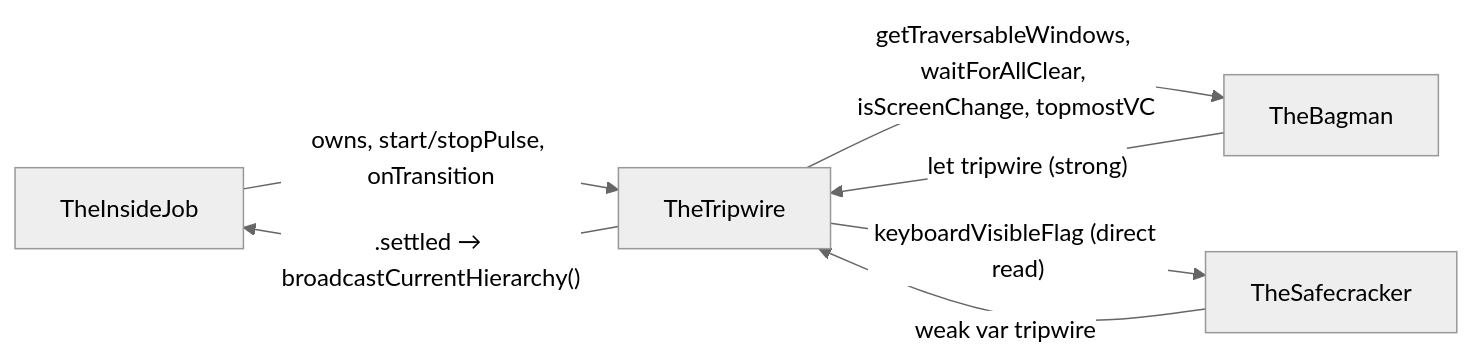
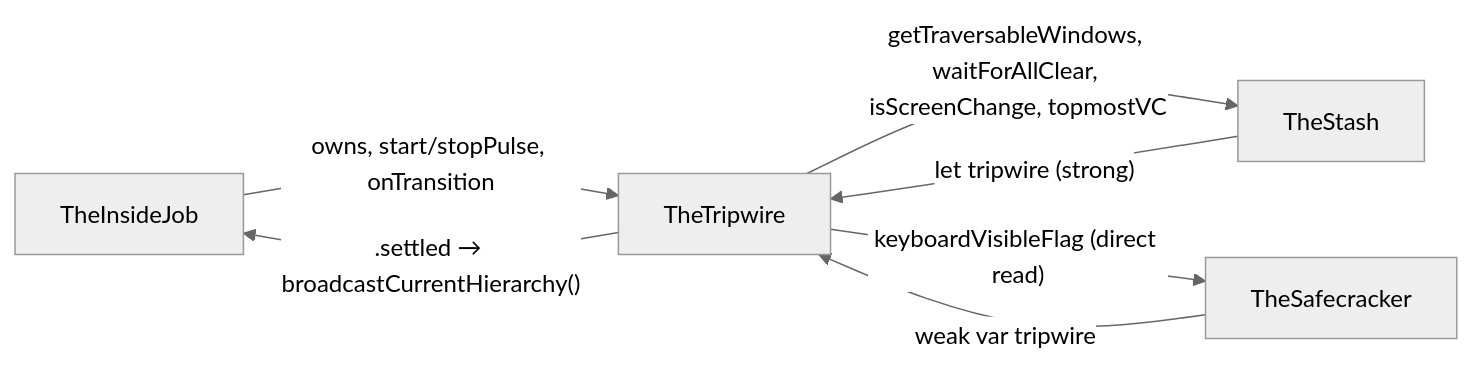
Before and after one commit to RoyalPineapple/TheButtonHeist: the sixth of 6 diagrams in docs/dossiers/14-THETRIPWIRE.md, drawn with Mermaid (neutral theme). The commit also changed other lines of this file and 71 other files, not shown here.

First line of the commit message:
Decompose TheBagman → TheStash + TheBurglar + TheBrains (#248)

````diff
--- a/docs/dossiers/14-THETRIPWIRE.md
+++ b/docs/dossiers/14-THETRIPWIRE.md
@@ -334,10 +334,10 @@
 ```mermaid
 graph LR
     IJ["TheInsideJob"] -->|"owns, start/stopPulse, onTransition"| TW["TheTripwire"]
-    BM["TheBagman"] -->|"let tripwire (strong)"| TW
+    BM["TheStash"] -->|"let tripwire (strong)"| TW
     SC["TheSafecracker"] -->|"weak var tripwire"| TW
 
     TW -->|".settled → broadcastCurrentHierarchy()"| IJ
     TW -->|"getTraversableWindows, waitForAllClear, isScreenChange, topmostVC"| BM
     TW -->|"keyboardVisibleFlag (direct read)"| SC
 ```
````
